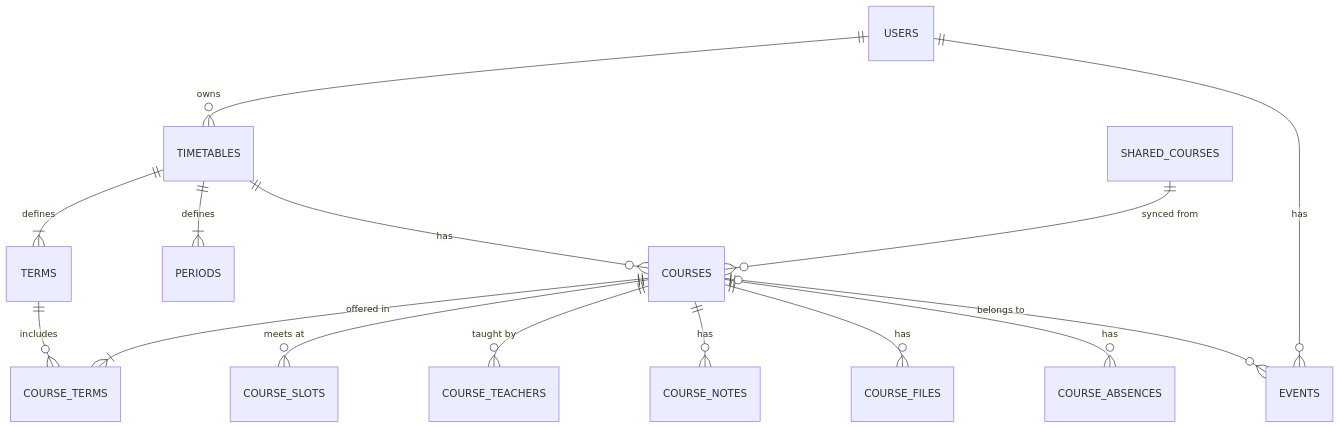
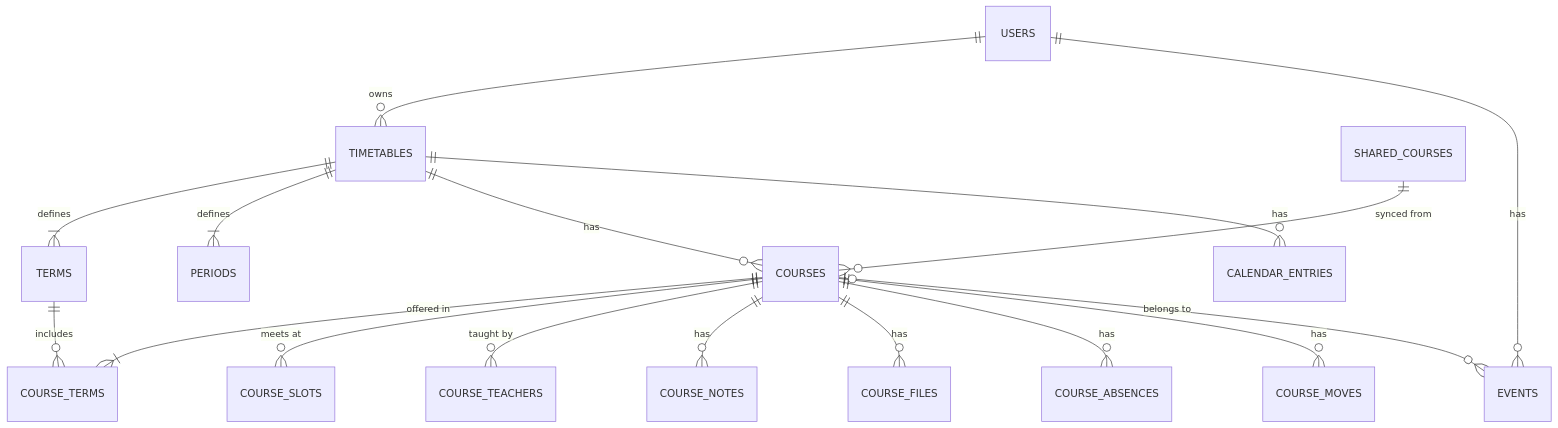
The first of 3 diagrams in docs/data-model.md (tomakura/KomaAwase), drawn with Mermaid before and after one commit. The commit also changed other lines of this file and 32 other files, not shown here.

````diff
--- a/docs/data-model.md
+++ b/docs/data-model.md
@@ -9,17 +9,19 @@
 ```mermaid
 erDiagram
   USERS ||--o{ TIMETABLES : owns
   TIMETABLES ||--|{ TERMS : defines
   TIMETABLES ||--|{ PERIODS : defines
   TIMETABLES ||--o{ COURSES : has
   COURSES ||--|{ COURSE_TERMS : "offered in"
   TERMS ||--o{ COURSE_TERMS : includes
   COURSES ||--o{ COURSE_SLOTS : "meets at"
   COURSES ||--o{ COURSE_TEACHERS : "taught by"
   COURSES ||--o{ COURSE_NOTES : has
   COURSES ||--o{ COURSE_FILES : has
   COURSES ||--o{ COURSE_ABSENCES : has
+  COURSES ||--o{ COURSE_MOVES : has
+  TIMETABLES ||--o{ CALENDAR_ENTRIES : has
   USERS ||--o{ EVENTS : has
   COURSES |o--o{ EVENTS : "belongs to"
   SHARED_COURSES ||--o{ COURSES : "synced from"
 ```
````
